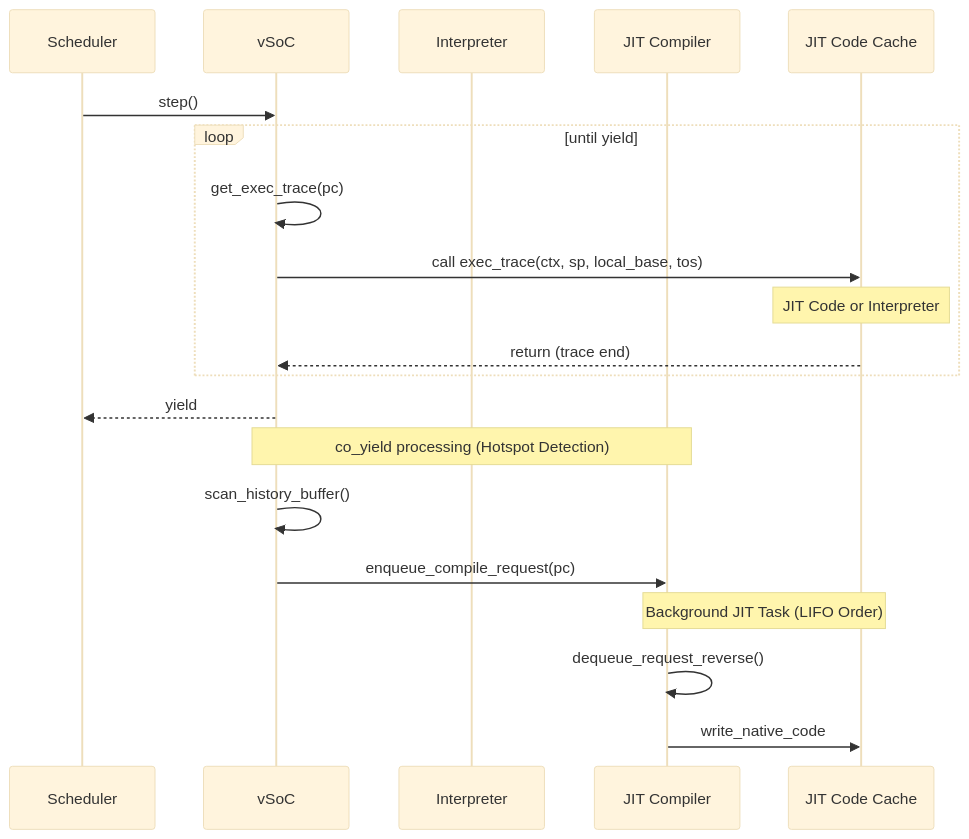
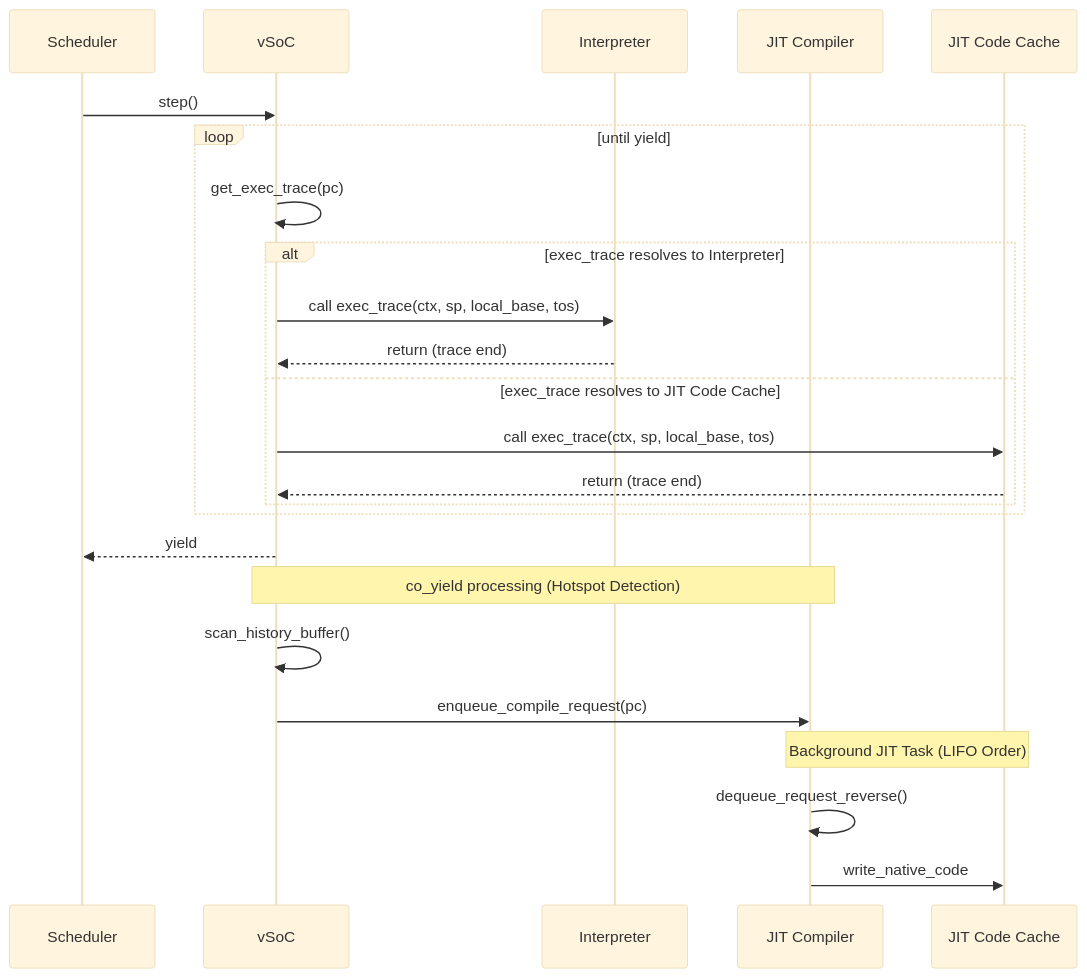
Before and after one commit to kmt-t/fireball: the fourth of 5 diagrams in docs/components/tier2_runtime/runtime_vsoc.md, drawn with Mermaid (base theme). The commit also changed other lines of this file and 18 other files, not shown here.

Commit message:
docs: harmonize component diagrams, state transitions, and symlinks across specifications

````diff
--- a/docs/components/tier2_runtime/runtime_vsoc.md
+++ b/docs/components/tier2_runtime/runtime_vsoc.md
@@ -321,25 +319,29 @@
 ```mermaid
 sequenceDiagram
     participant S as Scheduler
     participant V as vSoC
     participant I as Interpreter
     participant J as JIT Compiler
     participant C as JIT Code Cache
 
     S->>V: step()
     loop until yield
         V->>V: get_exec_trace(pc)
-        V->>C: call exec_trace(ctx, sp, local_base, tos)
-        Note over C: JIT Code or Interpreter
-        C-->>V: return (trace end)
+        alt exec_trace resolves to Interpreter
+            V->>I: call exec_trace(ctx, sp, local_base, tos)
+            I-->>V: return (trace end)
+        else exec_trace resolves to JIT Code Cache
+            V->>C: call exec_trace(ctx, sp, local_base, tos)
+            C-->>V: return (trace end)
+        end
     end
     V-->>S: yield
 
     Note over V,J: co_yield processing (Hotspot Detection)
     V->>V: scan_history_buffer()
     V->>J: enqueue_compile_request(pc)
 
     Note over J,C: Background JIT Task (LIFO Order)
     J->>J: dequeue_request_reverse()
     J->>C: write_native_code
 ```
````
